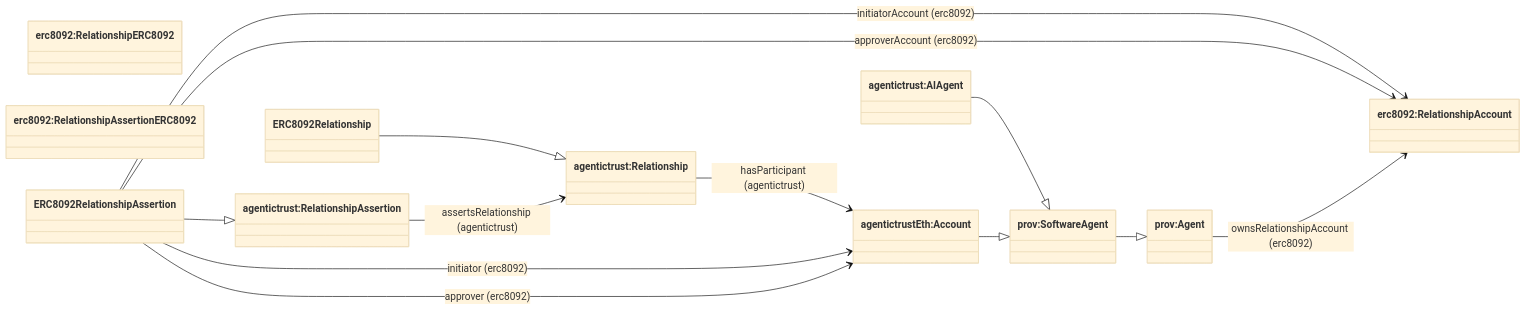
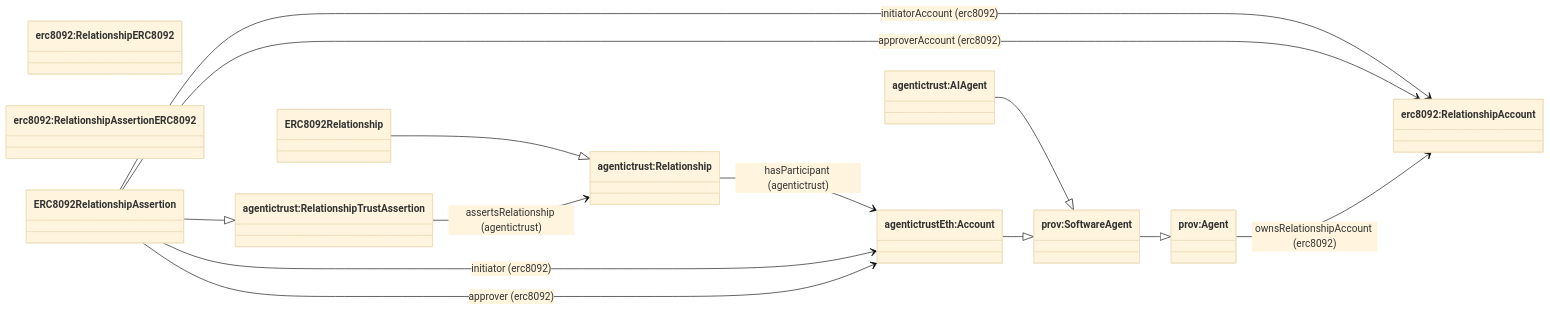
The diagram in docs/ontology/relationshipassertion.md (Agentic-Trust-Layer/agent-explorer), drawn with Mermaid (base theme) before and after one commit. The commit also changed 22 other files, not shown here.

````diff
--- a/docs/ontology/relationshipassertion.md
+++ b/docs/ontology/relationshipassertion.md
@@ -7,32 +7,32 @@
 ```mermaid
 classDiagram
 direction LR
 
 class provAgent["prov:Agent"]
 class provSoftwareAgent["prov:SoftwareAgent"]
 class Account["agentictrustEth:Account"]
 
 class AIAgent["agentictrust:AIAgent"]
 class Relationship["agentictrust:Relationship"]
-class RelationshipAssertion["agentictrust:RelationshipAssertion"]
+class RelationshipAssertion["agentictrust:RelationshipTrustAssertion"]
 
 class RelationshipERC8092["erc8092:RelationshipERC8092"]
 class RelationshipAssertionERC8092["erc8092:RelationshipAssertionERC8092"]
 class RelationshipAccount["erc8092:RelationshipAccount"]
 
 ERC8092Relationship --|> Relationship
 ERC8092RelationshipAssertion --|> RelationshipAssertion
 AIAgent --|> provSoftwareAgent
 provSoftwareAgent --|> provAgent
 Account --|> provSoftwareAgent
 
 RelationshipAssertion --> Relationship : assertsRelationship (agentictrust)
 Relationship --> Account : hasParticipant (agentictrust)
 
 ERC8092RelationshipAssertion --> Account : initiator (erc8092)
 ERC8092RelationshipAssertion --> Account : approver (erc8092)
 ERC8092RelationshipAssertion --> RelationshipAccount : initiatorAccount (erc8092)
 ERC8092RelationshipAssertion --> RelationshipAccount : approverAccount (erc8092)
 
 provAgent --> RelationshipAccount : ownsRelationshipAccount (erc8092)
 ```
````
